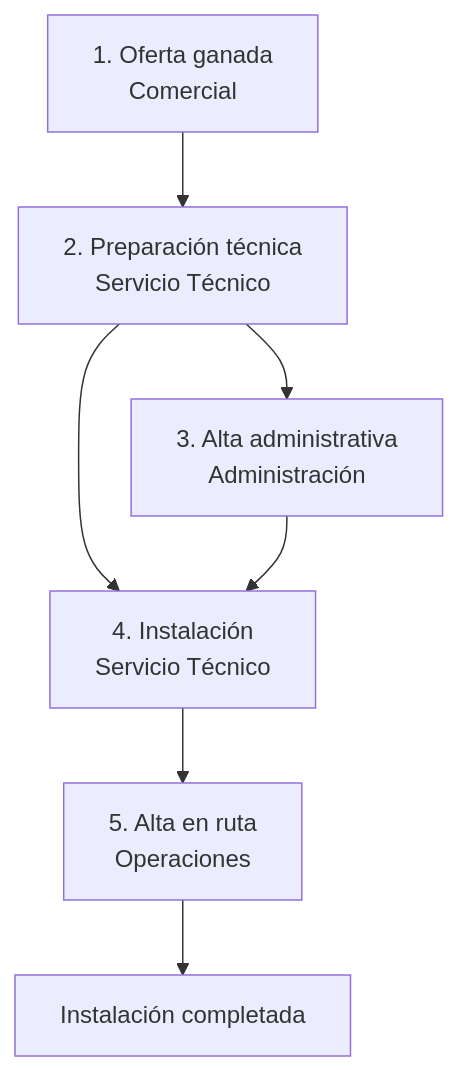
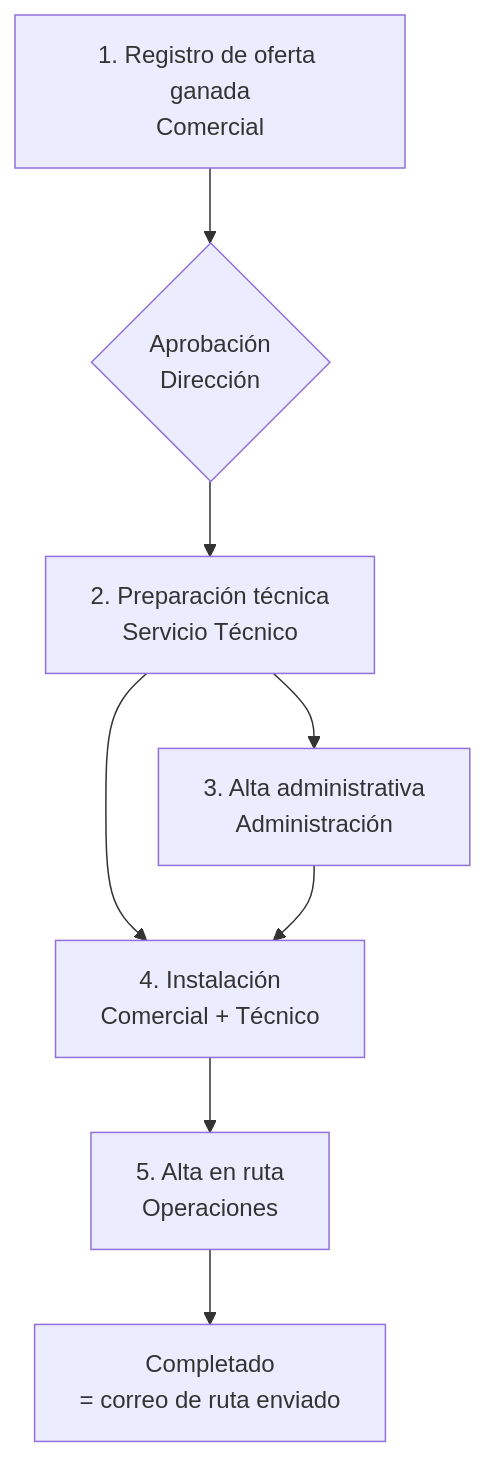
Before and after one commit to gabriello83/claude: the diagram in docs/03-diseno-funcional.md, drawn with Mermaid. The commit also changed other lines of this file and 1 other file, not shown here.

````diff
--- a/docs/03-diseno-funcional.md
+++ b/docs/03-diseno-funcional.md
@@ -33,9 +39,10 @@
 ```mermaid
 flowchart TD
-    A[1. Oferta ganada\nComercial] --> B[2. Preparación técnica\nServicio Técnico]
+    A[1. Registro de oferta ganada\nComercial] --> AP{Aprobación\nDirección}
+    AP --> B[2. Preparación técnica\nServicio Técnico]
     B --> C[3. Alta administrativa\nAdministración]
-    B --> D[4. Instalación\nServicio Técnico]
+    B --> D[4. Instalación\nComercial + Técnico]
     C --> D
     D --> E[5. Alta en ruta\nOperaciones]
-    E --> F[Instalación completada]
+    E --> F[Completado\n= correo de ruta enviado]
 ```
````
